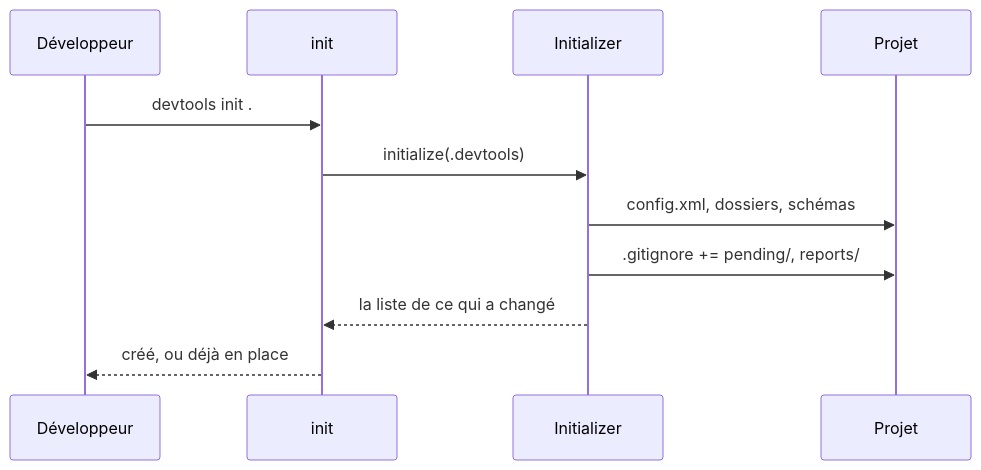
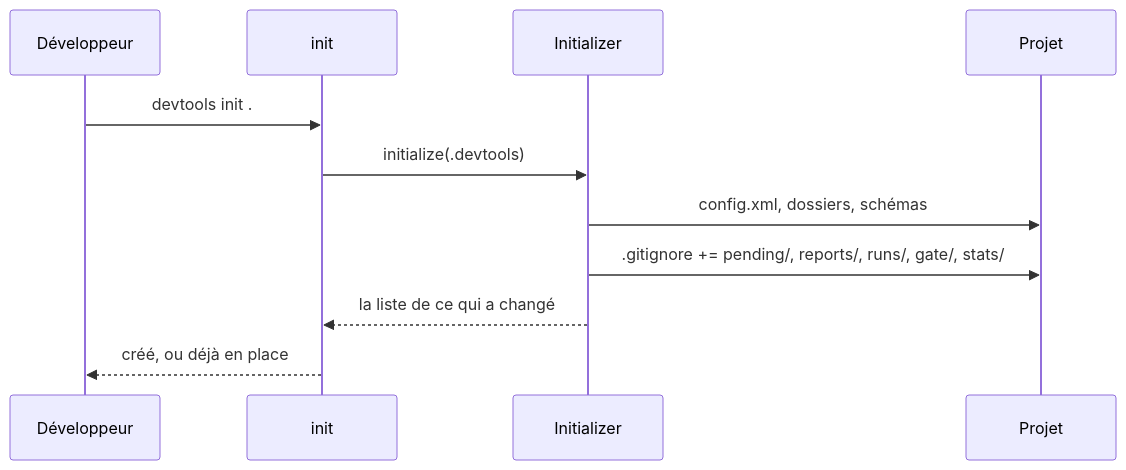
One commit to jul6art/devtools changed the first of 3 diagrams in docs/workflows/commands/init.md. Above: the diagram before and after it, drawn with Mermaid. The commit also changed other lines of this file and 98 other files, not shown here.

````diff
--- a/docs/workflows/commands/init.md
+++ b/docs/workflows/commands/init.md
@@ -18,13 +18,13 @@
 ```mermaid
 sequenceDiagram
   participant U as Développeur
   participant C as init
   participant I as Initializer
   participant P as Projet
   U->>C: devtools init .
   C->>I: initialize(.devtools)
   I->>P: config.xml, dossiers, schémas
-  I->>P: .gitignore += pending/, reports/
+  I->>P: .gitignore += pending/, reports/, runs/, gate/, stats/
   I-->>C: la liste de ce qui a changé
   C-->>U: créé, ou déjà en place
 ```
````
